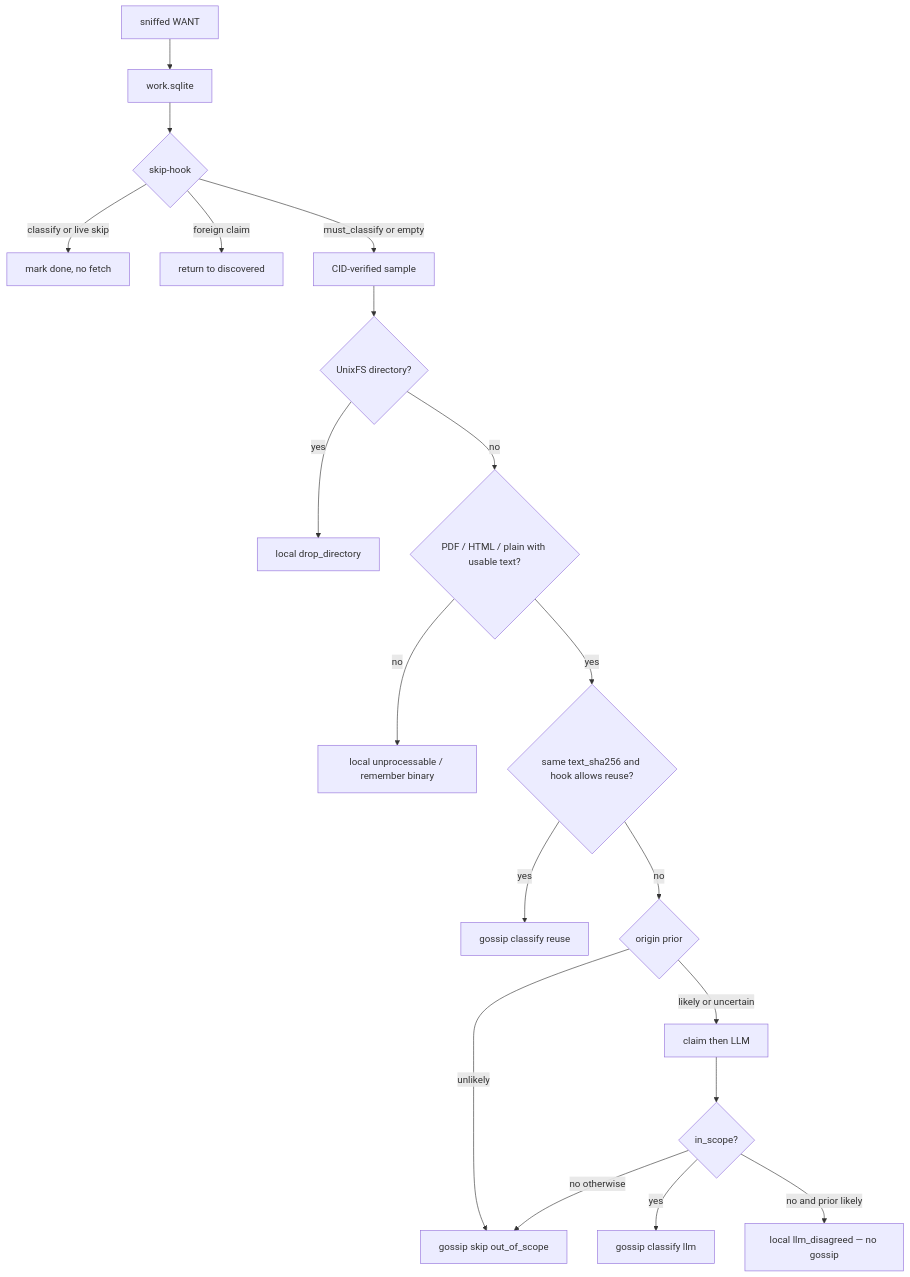
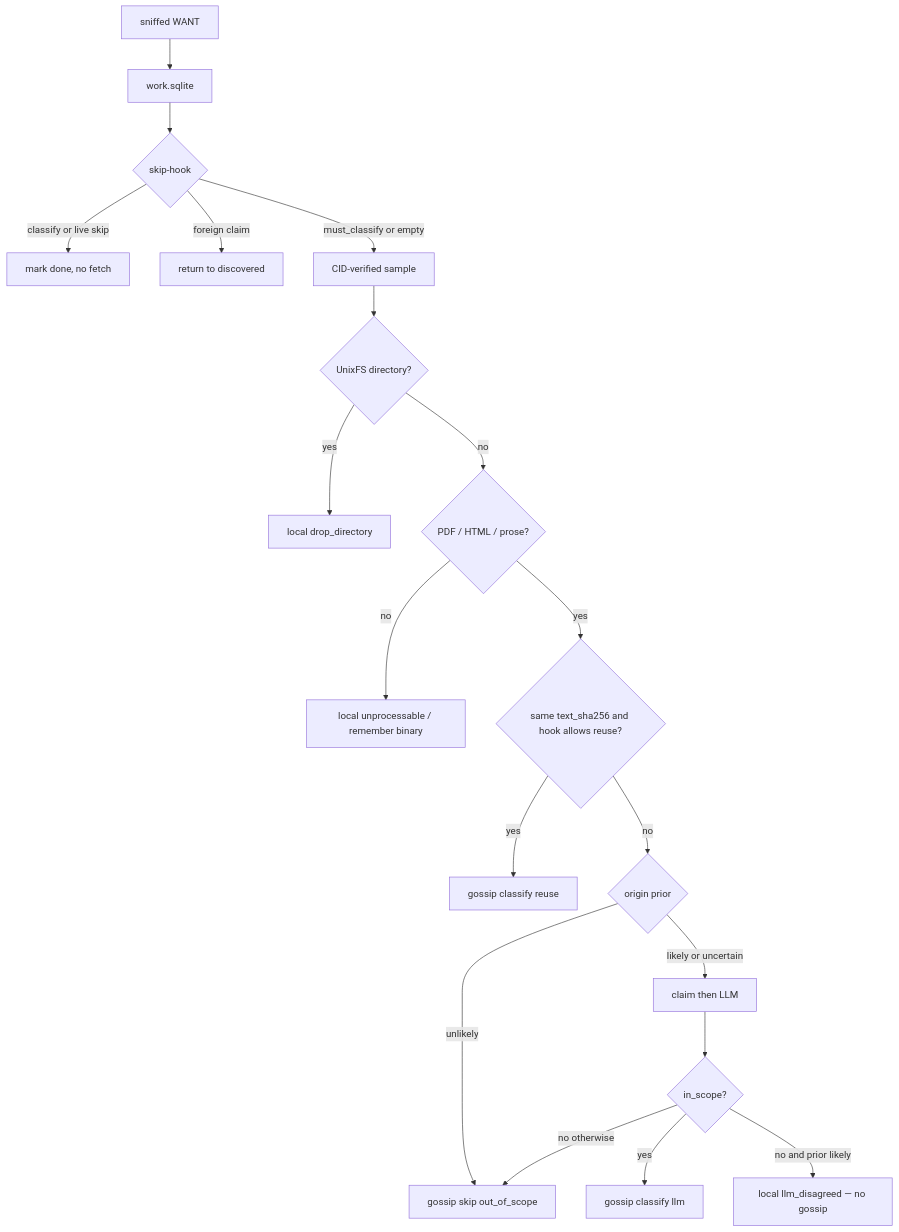
Before and after one commit to ihlec/IPFS-Observer-Club: the third of 4 diagrams in docs/OVERVIEW.md, drawn with Mermaid. The commit also changed other lines of this file and 9 other files, not shown here.

````diff
--- a/docs/OVERVIEW.md
+++ b/docs/OVERVIEW.md
@@ -199,21 +199,21 @@
 ```mermaid
 flowchart TD
   want[sniffed WANT] --> q[work.sqlite]
   q --> hook{skip-hook}
   hook -->|classify or live skip| stop[mark done, no fetch]
   hook -->|foreign claim| wait[return to discovered]
   hook -->|must_classify or empty| fetch[CID-verified sample]
   fetch --> dir{UnixFS directory?}
   dir -->|yes| gdir["local drop_directory"]
-  dir -->|no| mime{PDF / HTML / plain with usable text?}
+  dir -->|no| mime{PDF / HTML / prose?}
   mime -->|no| loc["local unprocessable / remember binary"]
   mime -->|yes| fp{same text_sha256 and hook allows reuse?}
   fp -->|yes| reuse["gossip classify reuse"]
   fp -->|no| prior{origin prior}
   prior -->|unlikely| gscope["gossip skip out_of_scope"]
   prior -->|likely or uncertain| claim["claim then LLM"]
   claim --> inscope{in_scope?}
   inscope -->|yes| gclass["gossip classify llm"]
   inscope -->|no and prior likely| quiet["local llm_disagreed — no gossip"]
   inscope -->|no otherwise| gscope
 ```
````
